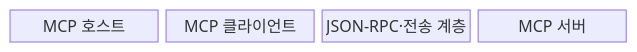
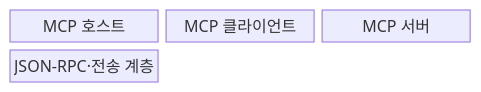
The first of 2 diagrams in src/content/docs/notes/08-latest-tech/006_model_context_protocol.md (agnusdei1207/knowledge-base), drawn with Mermaid before and after one commit. The commit also changed other lines of this file and 59 other files, not shown here.

````diff
--- a/src/content/docs/notes/08-latest-tech/006_model_context_protocol.md
+++ b/src/content/docs/notes/08-latest-tech/006_model_context_protocol.md
@@ -54,8 +54,8 @@
 ```mermaid
 block-beta
-    columns 4
+    columns 3
     H["MCP 호스트"]
     C["MCP 클라이언트"]
-    T["JSON-RPC·전송 계층"]
-    S["MCP 서버"]
+    T["MCP 서버"]
+    S["JSON-RPC·전송 계층"]
 ```
````
